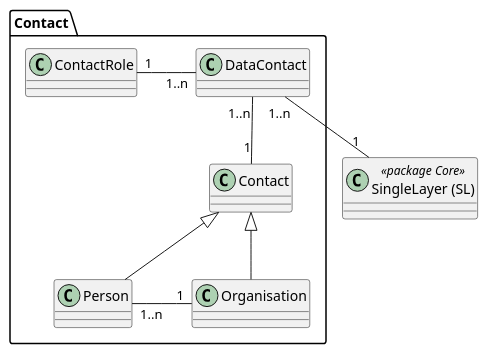
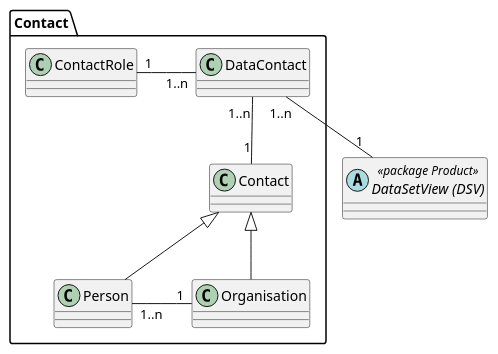
One commit to sogis/simi changed the diagram in simi/doc/puml/src/simi_contact.puml. Above: the diagram before and after it, drawn with PlantUML. The commit also changed 8 other files, not shown here.

Commit message:
sl2dsv: puml diagrams

```diff
--- a/simi/doc/puml/src/simi_contact.puml
+++ b/simi/doc/puml/src/simi_contact.puml
@@ -1,20 +1,20 @@
 @startuml
-class "SingleLayer (SL)" as sl << package Core >>
+abstract class "DataSetView (DSV)" as dsv << package Product >>
 
 package Contact {
 	class "ContactRole" as cr
     class "DataContact" as dc
     class "Contact" as con
     class "Person" as pers
     class "Organisation" as org
 }
 
-sl "1" -up- "1..n" dc
+dsv "1" -up- "1..n" dc
 cr "1 " -right- "1..n" dc : "       "
 dc "1..n" -- "1" con
 
 con <|-- pers
 con <|-- org
 
 pers "1..n" -right- "  1" org : "       "
 @enduml
```
